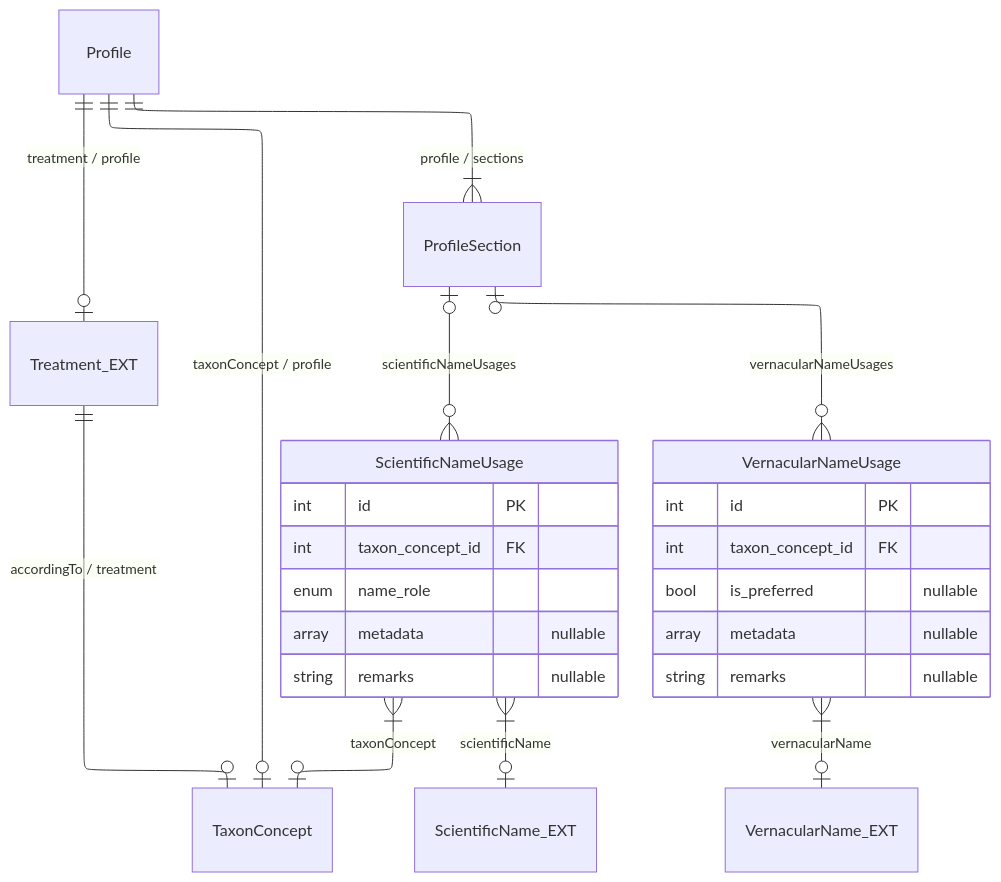
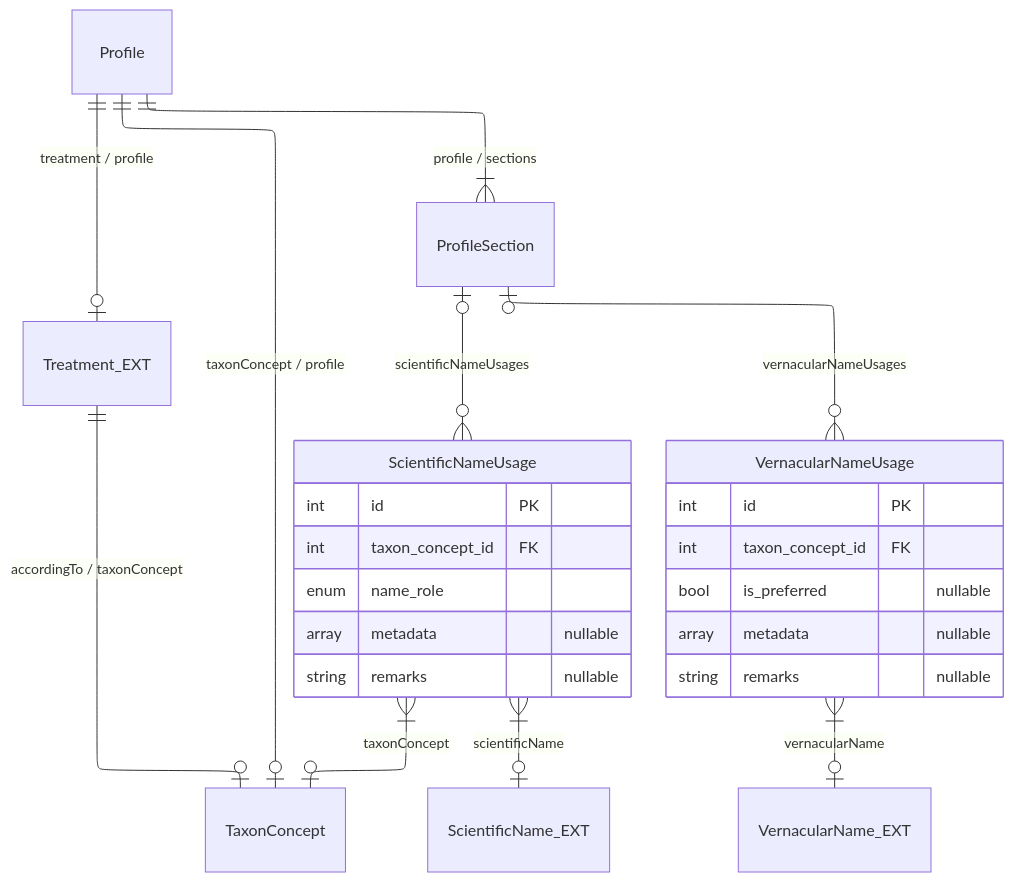
One commit to vicflora/vicflora-docs changed the diagram in source/_mermaid/layer-5b-name-usage.mmd. Above: the diagram before and after it, drawn with Mermaid.

Commit message:
Commit uncommitted  changes before deployment

```diff
--- a/source/_mermaid/layer-5b-name-usage.mmd
+++ b/source/_mermaid/layer-5b-name-usage.mmd
@@ -1,32 +1,32 @@
 ---
 config:
   layout: elk
 ---
 erDiagram
   Profile ||--|{ ProfileSection : "profile / sections"
   ProfileSection |o--o{ ScientificNameUsage : "scientificNameUsages"
   ScientificNameUsage }|--o| TaxonConcept : "taxonConcept"
   ScientificNameUsage }|--o| ScientificName_EXT : "scientificName"
 
   ProfileSection |o--o{ VernacularNameUsage : "vernacularNameUsages"
   VernacularNameUsage }|--o| VernacularName_EXT : "vernacularName"
 
   Profile ||--o| TaxonConcept : "taxonConcept / profile"
   Profile ||--o| Treatment_EXT : "treatment / profile"
-  Treatment_EXT ||--o| TaxonConcept : "accordingTo / treatment"
+  Treatment_EXT ||--o| TaxonConcept : "accordingTo / taxonConcept"
 
   ScientificNameUsage {
     int id PK
     int taxon_concept_id FK
     enum name_role
     array metadata "nullable"
     string remarks "nullable"
   }
 
   VernacularNameUsage {
     int id PK
     int taxon_concept_id FK
     bool is_preferred "nullable"
     array metadata "nullable"
     string remarks "nullable"
   }
```
